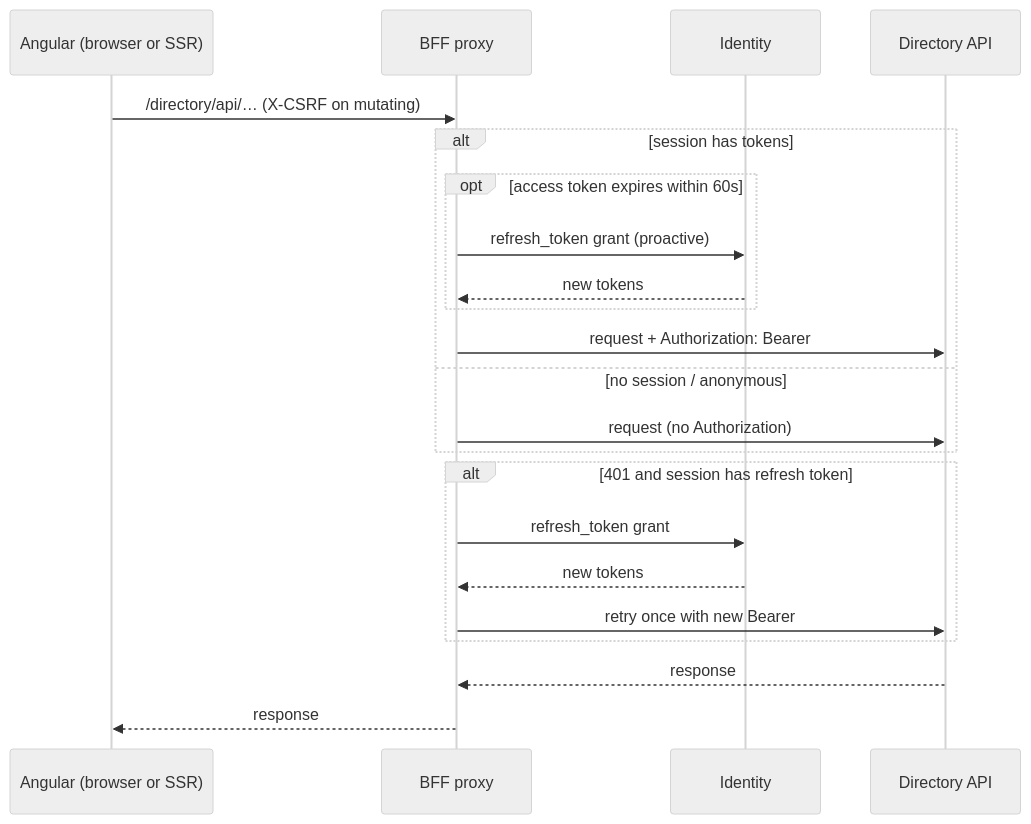
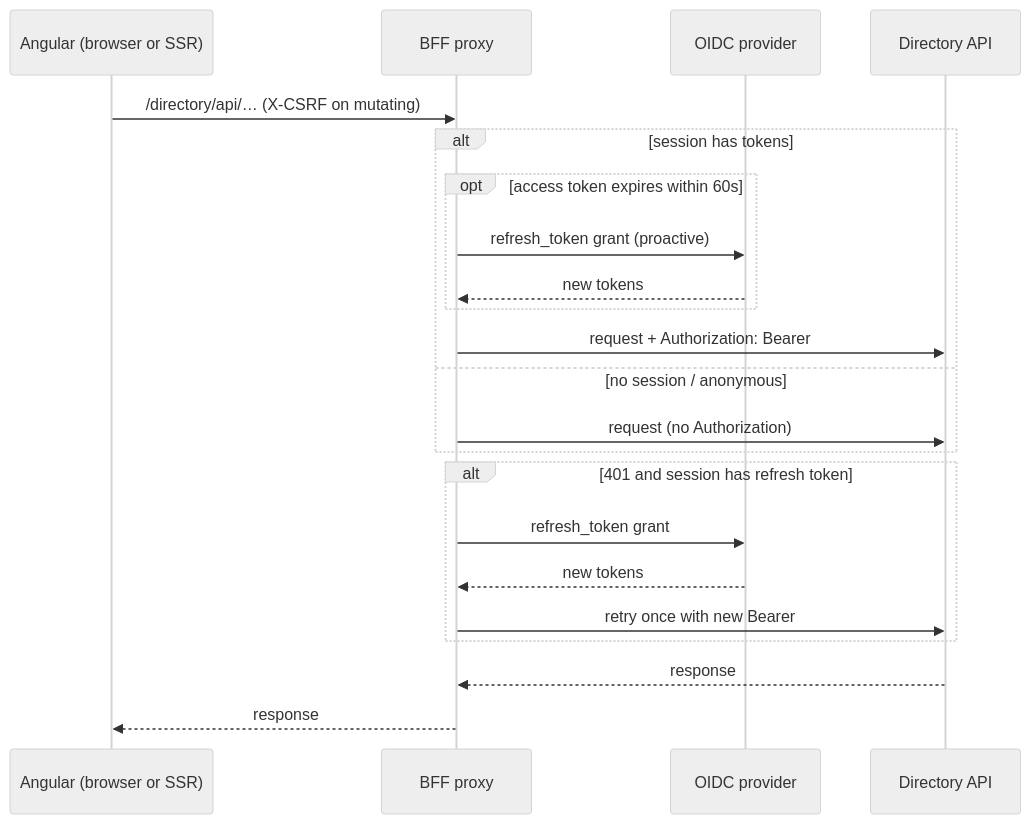
The fourth of 4 diagrams in ARCHITECTURE.md (crgolden/Churches), drawn with Mermaid (neutral theme) before and after one commit. The commit also changed other lines of this file and 2 other files, not shown here.

````diff
--- a/ARCHITECTURE.md
+++ b/ARCHITECTURE.md
@@ -142,25 +101,25 @@
 ```mermaid
 sequenceDiagram
     participant A as Angular (browser or SSR)
     participant P as BFF proxy
-    participant IdP as Identity
+    participant IdP as OIDC provider
     participant D as Directory API
 
     A->>P: /directory/api/… (X-CSRF on mutating)
     alt session has tokens
         opt access token expires within 60s
             P->>IdP: refresh_token grant (proactive)
             IdP-->>P: new tokens
         end
         P->>D: request + Authorization: Bearer
     else no session / anonymous
         P->>D: request (no Authorization)
     end
     alt 401 and session has refresh token
         P->>IdP: refresh_token grant
         IdP-->>P: new tokens
         P->>D: retry once with new Bearer
     end
     D-->>P: response
     P-->>A: response
 ```
````
